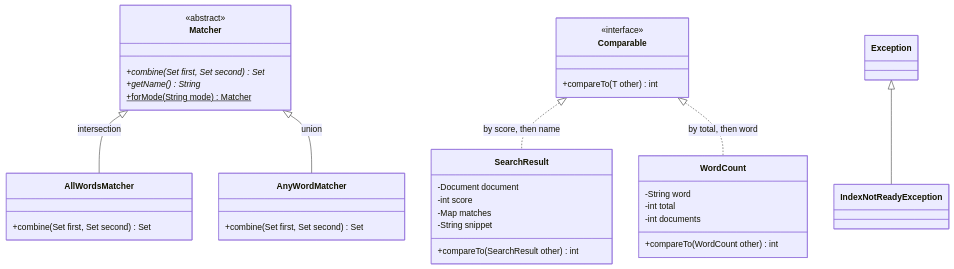
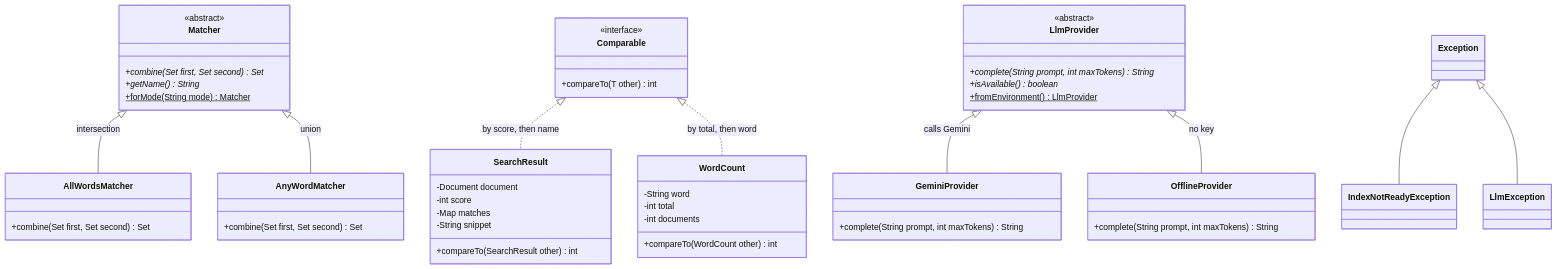
One commit to chiragshah2357/OOPS-Local-Document-Indexing-Search-Engine changed the eighth of 9 diagrams in README.md. Above: the diagram before and after it, drawn with Mermaid. The commit also changed other lines of this file and 4 other files, not shown here.

````diff
--- a/README.md
+++ b/README.md
@@ -265,41 +273,57 @@
 ```mermaid
 classDiagram
     direction TB
     class Matcher {
         <<abstract>>
         +combine(Set first, Set second)* Set
         +getName()* String
         +forMode(String mode)$ Matcher
     }
     class AllWordsMatcher {
         +combine(Set first, Set second) Set
     }
     class AnyWordMatcher {
         +combine(Set first, Set second) Set
     }
     class Comparable {
         <<interface>>
         +compareTo(T other) int
     }
     class SearchResult {
         -Document document
         -int score
         -Map matches
         -String snippet
         +compareTo(SearchResult other) int
     }
     class WordCount {
         -String word
         -int total
         -int documents
         +compareTo(WordCount other) int
     }
+    class LlmProvider {
+        <<abstract>>
+        +complete(String prompt, int maxTokens)* String
+        +isAvailable()* boolean
+        +fromEnvironment()$ LlmProvider
+    }
+    class GeminiProvider {
+        +complete(String prompt, int maxTokens) String
+    }
+    class OfflineProvider {
+        +complete(String prompt, int maxTokens) String
+    }
     class Exception
     class IndexNotReadyException
+    class LlmException
 
     Matcher <|-- AllWordsMatcher : intersection
     Matcher <|-- AnyWordMatcher : union
+    LlmProvider <|-- GeminiProvider : calls Gemini
+    LlmProvider <|-- OfflineProvider : no key
     Comparable <|.. SearchResult : by score, then name
     Comparable <|.. WordCount : by total, then word
     Exception <|-- IndexNotReadyException
+    Exception <|-- LlmException
 ```
````
